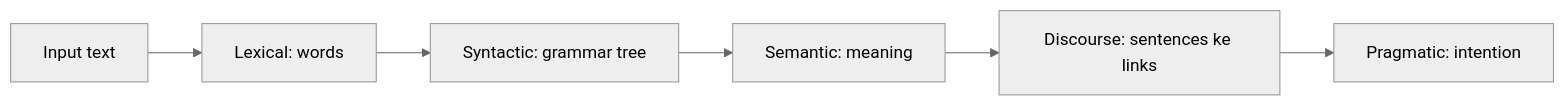
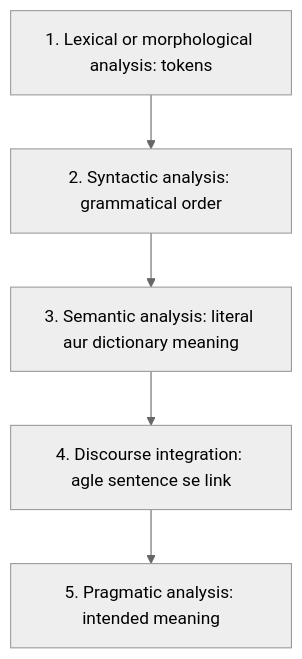
Before and after one commit to TrendySloth1001/sem-seven-notes: the diagram in content/natural-language-processing/pyq/2024-12/q3b.hi.mdx, drawn with Mermaid (neutral theme). The commit also changed other lines of this file and 406 other files, not shown here.

````diff
--- a/content/natural-language-processing/pyq/2024-12/q3b.hi.mdx
+++ b/content/natural-language-processing/pyq/2024-12/q3b.hi.mdx
@@ -19,9 +13,8 @@
 ```mermaid
-%% caption: NLP ke stages order mein. Har stage pichhle stage ka output leta hai aur understanding ka gehra level jodta hai.
-flowchart LR
-  A["Input text"] --> B["Lexical: words"]
-  B --> C["Syntactic: grammar tree"]
-  C --> D["Semantic: meaning"]
-  D --> E["Discourse: sentences ke links"]
-  E --> F["Pragmatic: intention"]
+%% caption: NLP ke paanch stages order mein. Har stage sentence ke baare mein ek aur cheez check karta hai.
+flowchart TD
+  A["1. Lexical or morphological analysis: tokens"] --> B["2. Syntactic analysis: grammatical order"]
+  B --> C["3. Semantic analysis: literal aur dictionary meaning"]
+  C --> D["4. Discourse integration: agle sentence se link"]
+  D --> E["5. Pragmatic analysis: intended meaning"]
 ```
````
